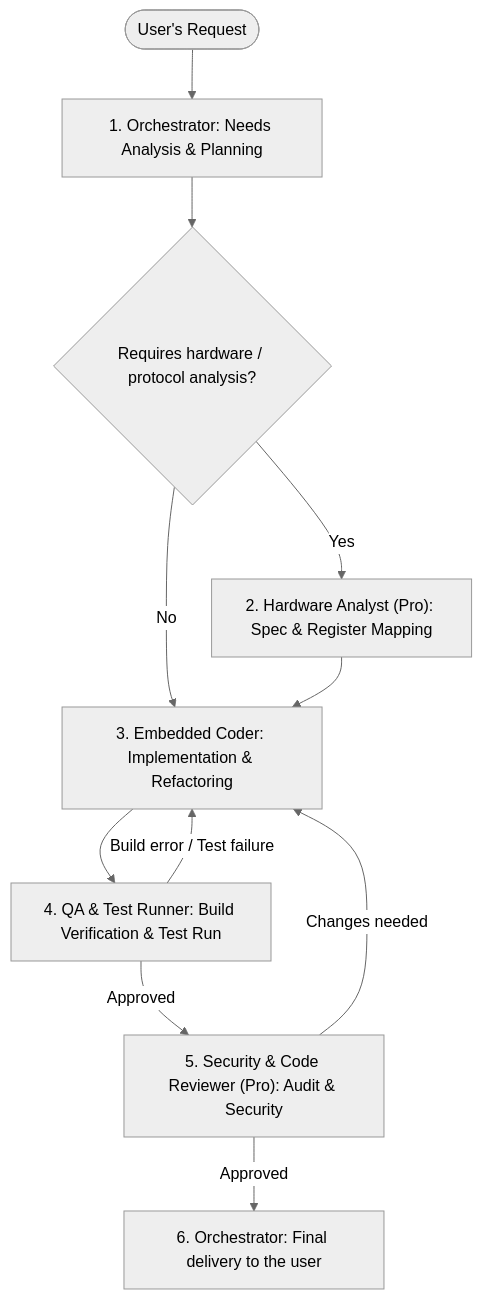
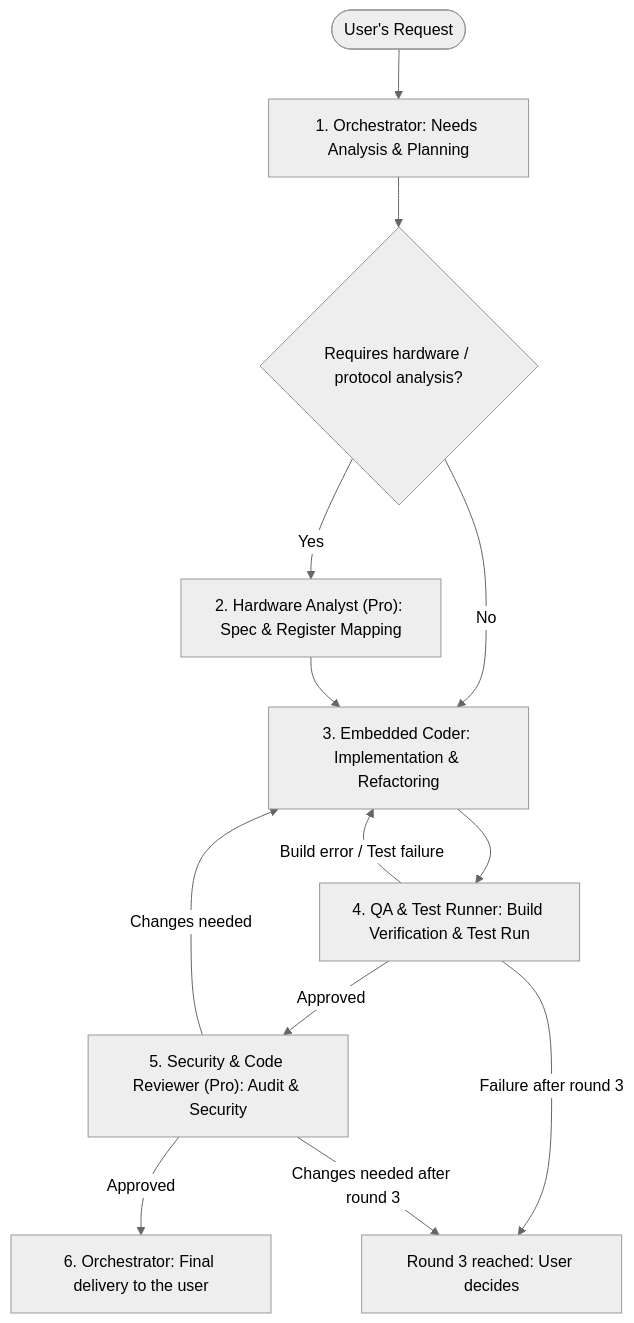
The diagram in AGENTS.md (BonBear/open-verisure), drawn with Mermaid (neutral theme) before and after one commit. The commit also changed other lines of this file and 10 other files, not shown here.

````diff
--- a/AGENTS.md
+++ b/AGENTS.md
@@ -25,13 +25,15 @@
 ```mermaid
 flowchart TD
     User(["User's Request"]) --> Step1["1. Orchestrator: Needs Analysis & Planning"]
     Step1 --> Step2{"Requires hardware / protocol analysis?"}
     Step2 -- Yes --> Step3["2. Hardware Analyst (Pro): Spec & Register Mapping"]
     Step2 -- No --> Step4["3. Embedded Coder: Implementation & Refactoring"]
     Step3 --> Step4
     Step4 --> Step5["4. QA & Test Runner: Build Verification & Test Run"]
     Step5 -- Build error / Test failure --> Step4
     Step5 -- Approved --> Step6["5. Security & Code Reviewer (Pro): Audit & Security"]
     Step6 -- Changes needed --> Step4
     Step6 -- Approved --> Step7["6. Orchestrator: Final delivery to the user"]
+    Step5 -- Failure after round 3 --> Stop["Round 3 reached: User decides"]
+    Step6 -- Changes needed after round 3 --> Stop
 ```
````
